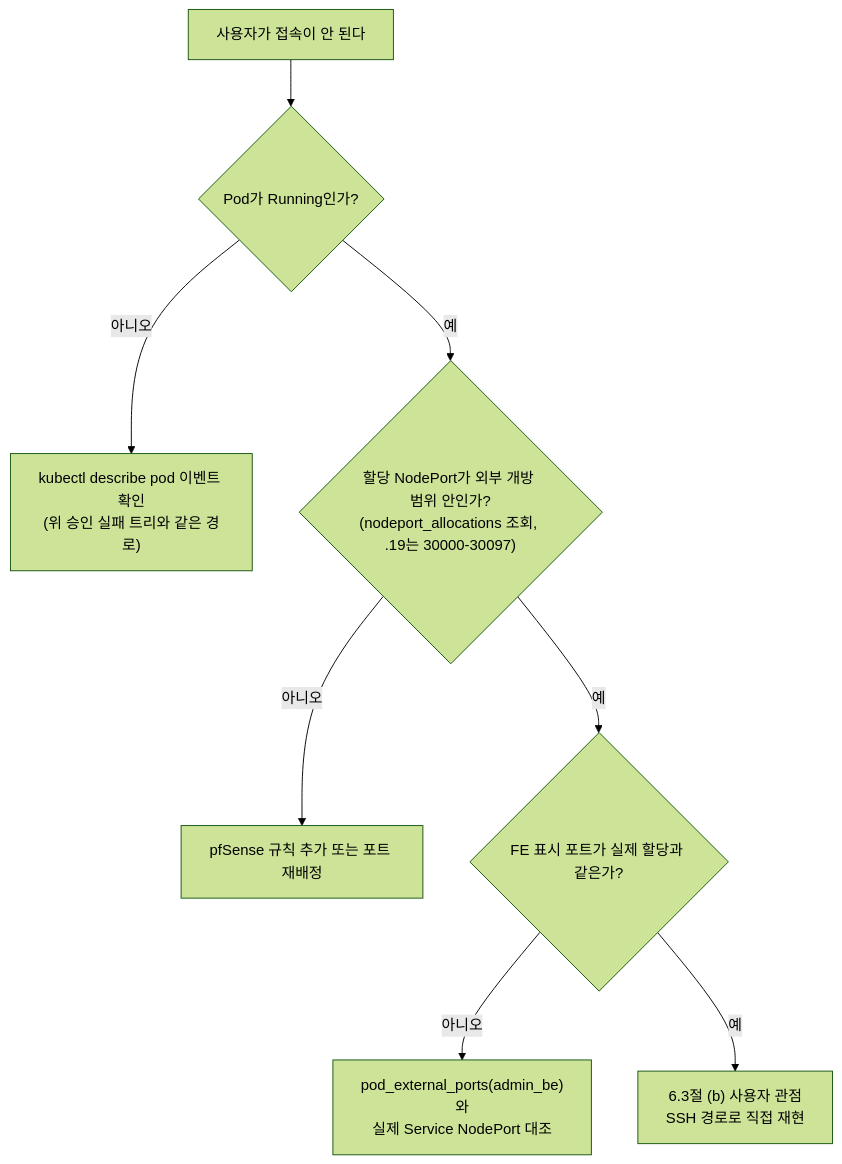
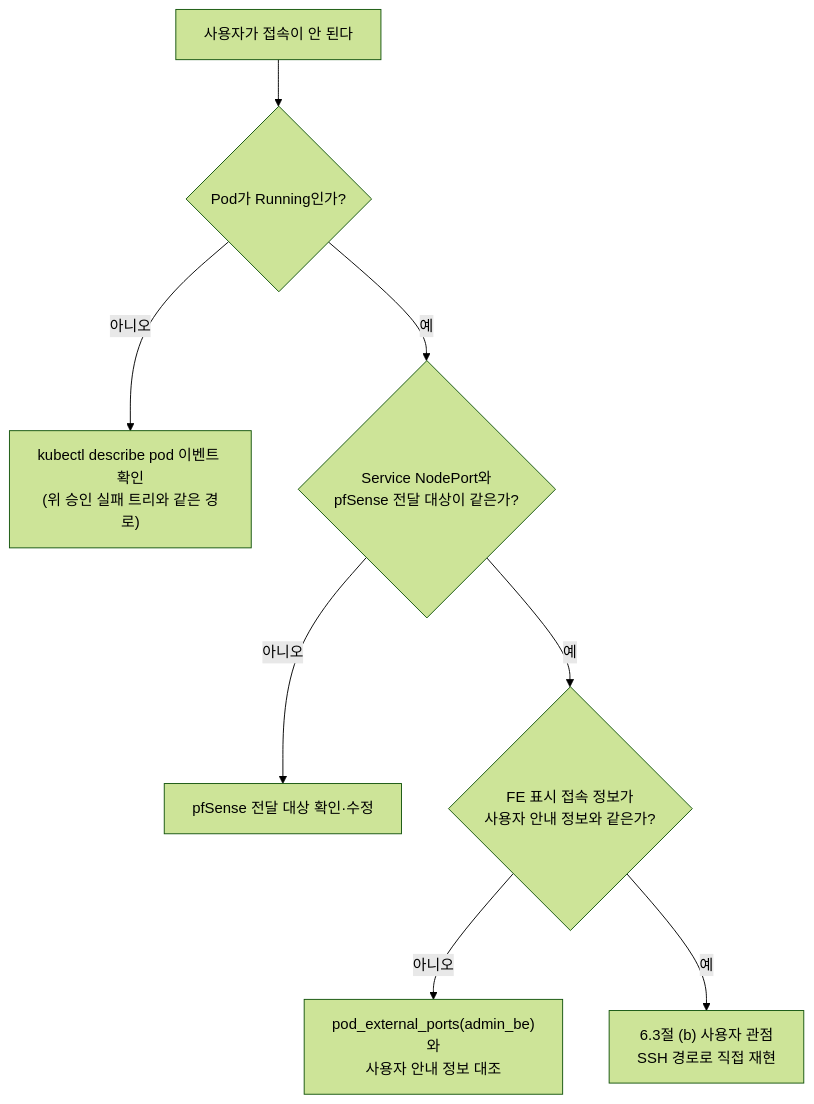
One commit to CSID-DGU/admin_wiki changed the fourth of 4 diagrams in md/infra/operations/운영-매뉴얼.md. Above: the diagram before and after it, drawn with Mermaid (forest theme). The commit also changed other lines of this file and 4 other files, not shown here.

Commit message:
docs(infra): clarify external port mapping

````diff
--- a/md/infra/operations/운영-매뉴얼.md
+++ b/md/infra/operations/운영-매뉴얼.md
@@ -587,10 +587,10 @@
 ```mermaid
 flowchart TD
     A2["사용자가 접속이 안 된다"] --> B2{"Pod가 Running인가?"}
     B2 -->|"아니오"| C2["kubectl describe pod 이벤트 확인<br/>(위 승인 실패 트리와 같은 경로)"]
-    B2 -->|"예"| D2{"할당 NodePort가 외부 개방 범위 안인가?<br/>(nodeport_allocations 조회, .19는 30000-30097)"}
-    D2 -->|"아니오"| E2["pfSense 규칙 추가 또는 포트 재배정"]
-    D2 -->|"예"| F2{"FE 표시 포트가 실제 할당과 같은가?"}
-    F2 -->|"아니오"| G2["pod_external_ports(admin_be)와<br/>실제 Service NodePort 대조"]
+    B2 -->|"예"| D2{"Service NodePort와<br/>pfSense 전달 대상이 같은가?"}
+    D2 -->|"아니오"| E2["pfSense 전달 대상 확인·수정"]
+    D2 -->|"예"| F2{"FE 표시 접속 정보가<br/>사용자 안내 정보와 같은가?"}
+    F2 -->|"아니오"| G2["pod_external_ports(admin_be)와<br/>사용자 안내 정보 대조"]
     F2 -->|"예"| H2["6.3절 (b) 사용자 관점<br/>SSH 경로로 직접 재현"]
 ```
````
